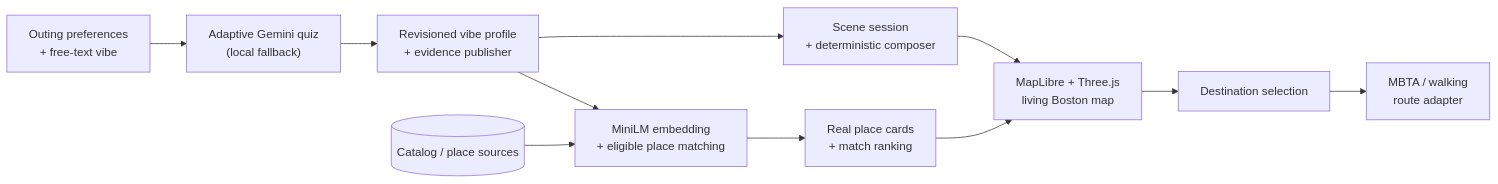
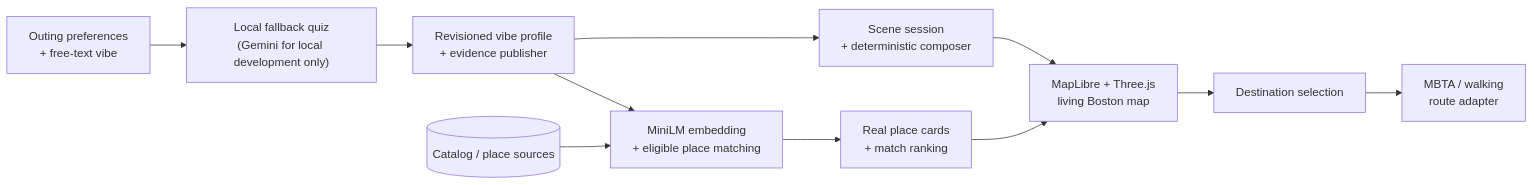
Before and after one commit to Dold18/vibewise_bostonhacks: the diagram in README.md, drawn with Mermaid. The commit also changed other lines of this file and 4 other files, not shown here.

````diff
--- a/README.md
+++ b/README.md
@@ -40,13 +40,13 @@
 ```mermaid
 flowchart LR
-    A["Outing preferences<br/>+ free-text vibe"] --> B["Adaptive Gemini quiz<br/>(local fallback)"]
+    A["Outing preferences<br/>+ free-text vibe"] --> B["Local fallback quiz<br/>(Gemini for local development only)"]
     B --> C["Revisioned vibe profile<br/>+ evidence publisher"]
     C --> D["MiniLM embedding<br/>+ eligible place matching"]
     C --> E["Scene session<br/>+ deterministic composer"]
     F[("Catalog / place sources")] --> D
     D --> G["Real place cards<br/>+ match ranking"]
     E --> H["MapLibre + Three.js<br/>living Boston map"]
     G --> H
     H --> I["Destination selection"]
     I --> J["MBTA / walking<br/>route adapter"]
 ```
````
